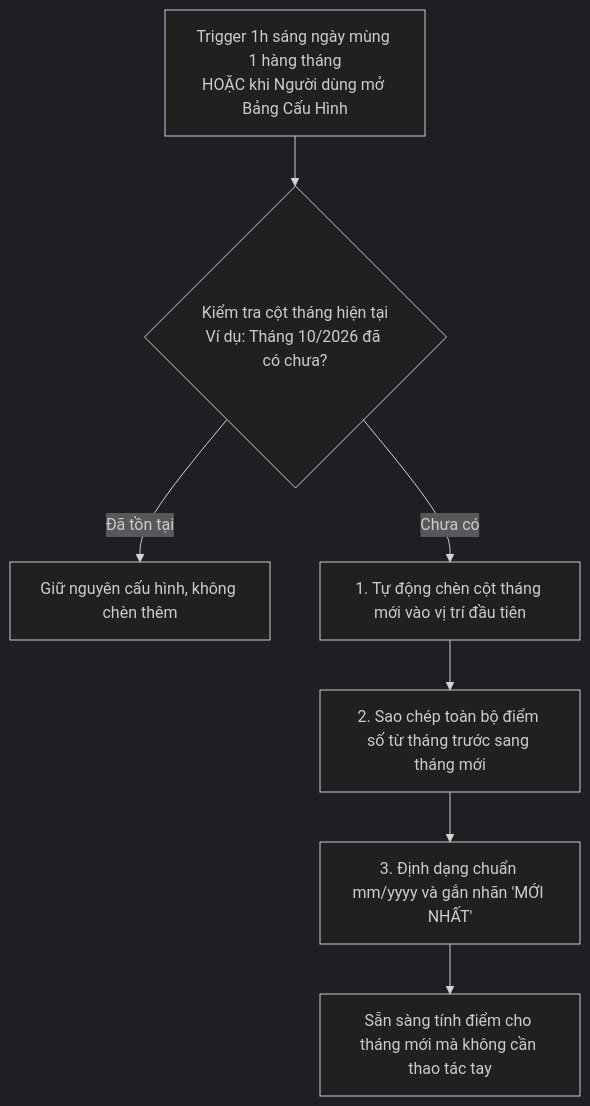
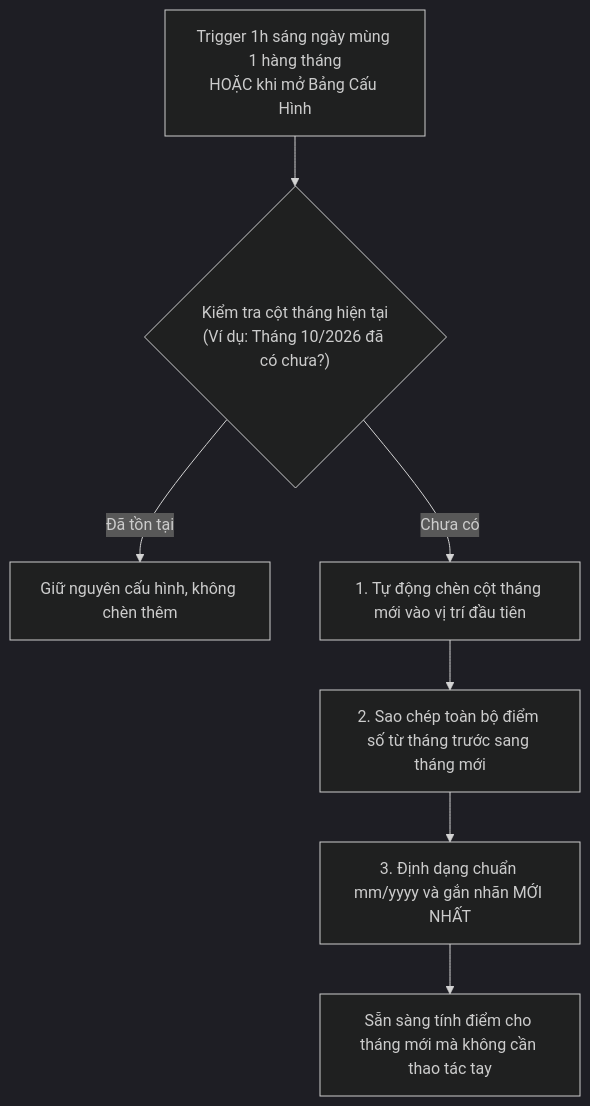
Before and after one commit to hdz1210/NW-T-nh-i-m-CVKD: the third of 3 diagrams in HUONG_DAN_SU_DUNG.md, drawn with Mermaid (dark theme). The commit also changed other lines of this file, not shown here.

Commit message:
fix(docs): resolve Mermaid syntax parse error by quoting labels and using br tags

````diff
--- a/HUONG_DAN_SU_DUNG.md
+++ b/HUONG_DAN_SU_DUNG.md
@@ -130,11 +130,11 @@
 ```mermaid
 flowchart TD
-    TriggerStart[Trigger 1h sáng ngày mùng 1 hàng tháng\nHOẶC khi Người dùng mở Bảng Cấu Hình] --> CheckMonth{Kiểm tra cột tháng hiện tại\nVí dụ: Tháng 10/2026 đã có chưa?}
+    TriggerStart["Trigger 1h sáng ngày mùng 1 hàng tháng<br/>HOẶC khi mở Bảng Cấu Hình"] --> CheckMonth{"Kiểm tra cột tháng hiện tại<br/>(Ví dụ: Tháng 10/2026 đã có chưa?)"}
     
-    CheckMonth -- Đã tồn tại --> NoAction[Giữ nguyên cấu hình, không chèn thêm]
+    CheckMonth -- "Đã tồn tại" --> NoAction["Giữ nguyên cấu hình, không chèn thêm"]
     
-    CheckMonth -- Chưa có --> InsertCol[1. Tự động chèn cột tháng mới vào vị trí đầu tiên]
-    InsertCol --> CopyScores[2. Sao chép toàn bộ điểm số từ tháng trước sang tháng mới]
-    CopyScores --> FormatCol[3. Định dạng chuẩn mm/yyyy và gắn nhãn 'MỚI NHẤT']
-    FormatCol --> DoneSync[Sẵn sàng tính điểm cho tháng mới mà không cần thao tác tay]
+    CheckMonth -- "Chưa có" --> InsertCol["1. Tự động chèn cột tháng mới vào vị trí đầu tiên"]
+    InsertCol --> CopyScores["2. Sao chép toàn bộ điểm số từ tháng trước sang tháng mới"]
+    CopyScores --> FormatCol["3. Định dạng chuẩn mm/yyyy và gắn nhãn MỚI NHẤT"]
+    FormatCol --> DoneSync["Sẵn sàng tính điểm cho tháng mới mà không cần thao tác tay"]
 ```
````
